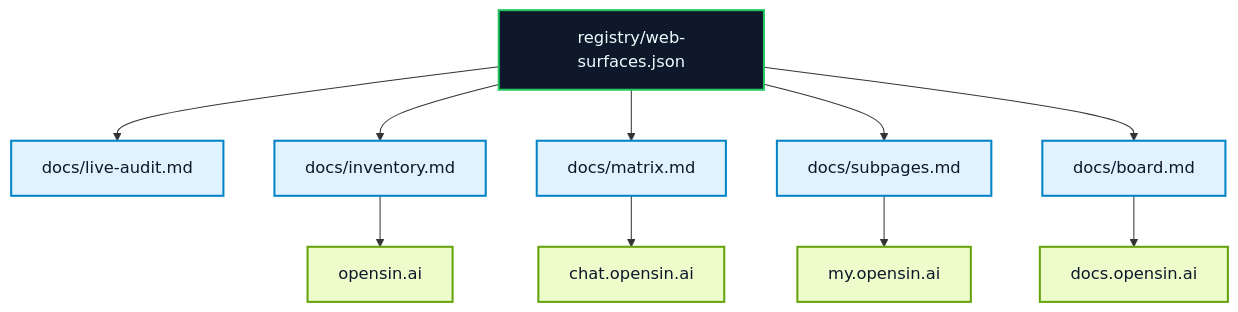
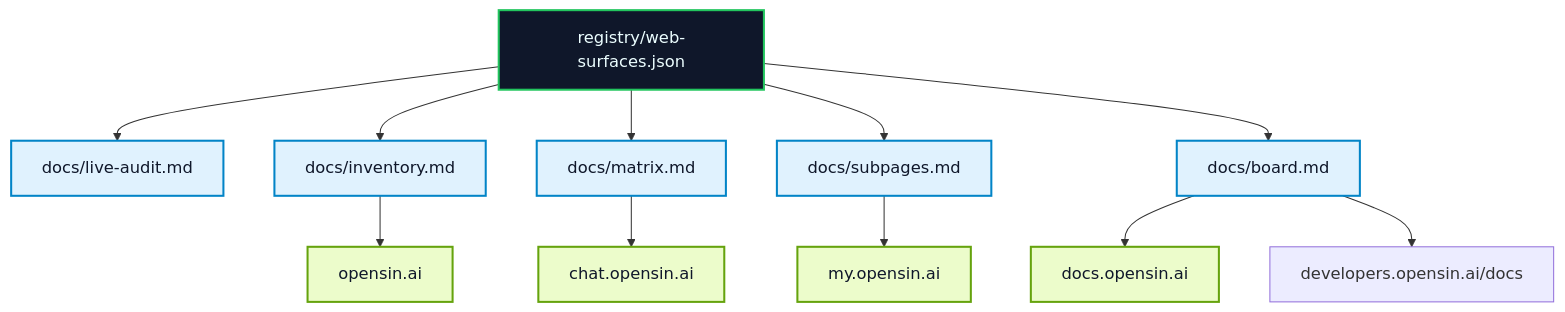
One commit to OpenSIN-AI/OpenSIN-Web-Surface-Plan changed the diagram in docs/overview.md. Above: the diagram before and after it, drawn with Mermaid. The commit also changed other lines of this file and 9 other files, not shown here.

````diff
--- a/docs/overview.md
+++ b/docs/overview.md
@@ -7,21 +7,22 @@
 ```mermaid
 flowchart TB
   Registry["registry/web-surfaces.json"] --> Audit["docs/live-audit.md"]
   Registry --> Inventory["docs/inventory.md"]
   Registry --> Matrix["docs/matrix.md"]
   Registry --> Subpages["docs/subpages.md"]
   Registry --> Board["docs/board.md"]
 
   Inventory --> Marketing["opensin.ai"]
   Matrix --> App["chat.opensin.ai"]
   Subpages --> Marketplace["my.opensin.ai"]
   Board --> Docs["docs.opensin.ai"]
+  Board --> DevDocs["developers.opensin.ai/docs"]
 
   classDef registry fill:#0f172a,stroke:#22c55e,stroke-width:2px,color:#ecfeff
   classDef doc fill:#e0f2fe,stroke:#0284c7,stroke-width:2px,color:#0f172a
   classDef surface fill:#ecfccb,stroke:#65a30d,stroke-width:2px,color:#0f172a
 
   class Registry registry
   class Audit,Inventory,Matrix,Subpages,Board doc
   class Marketing,App,Marketplace,Docs surface
 ```
````
